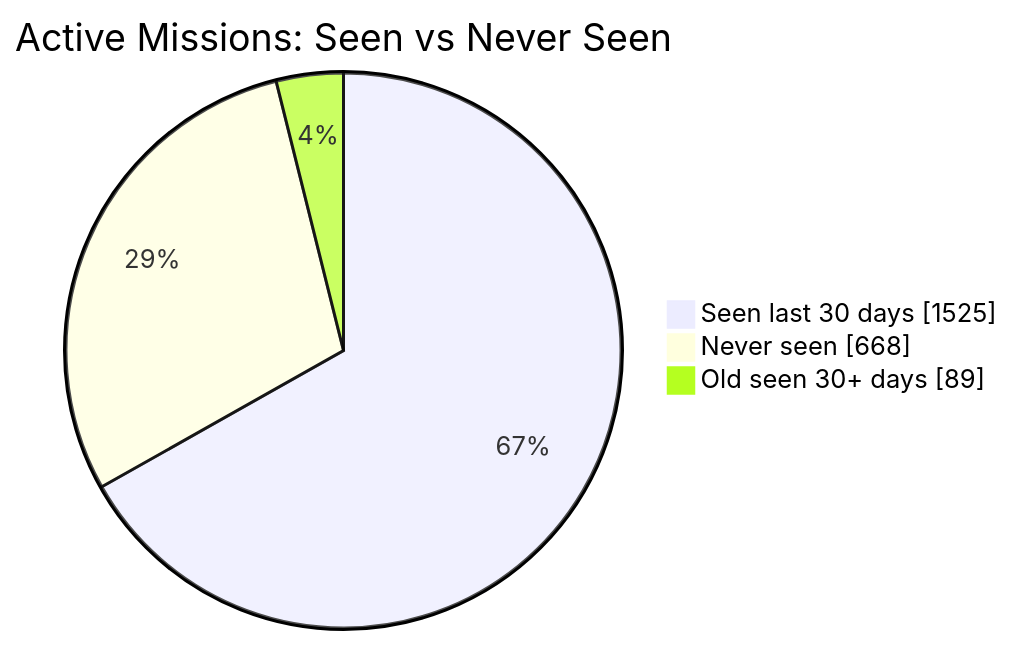
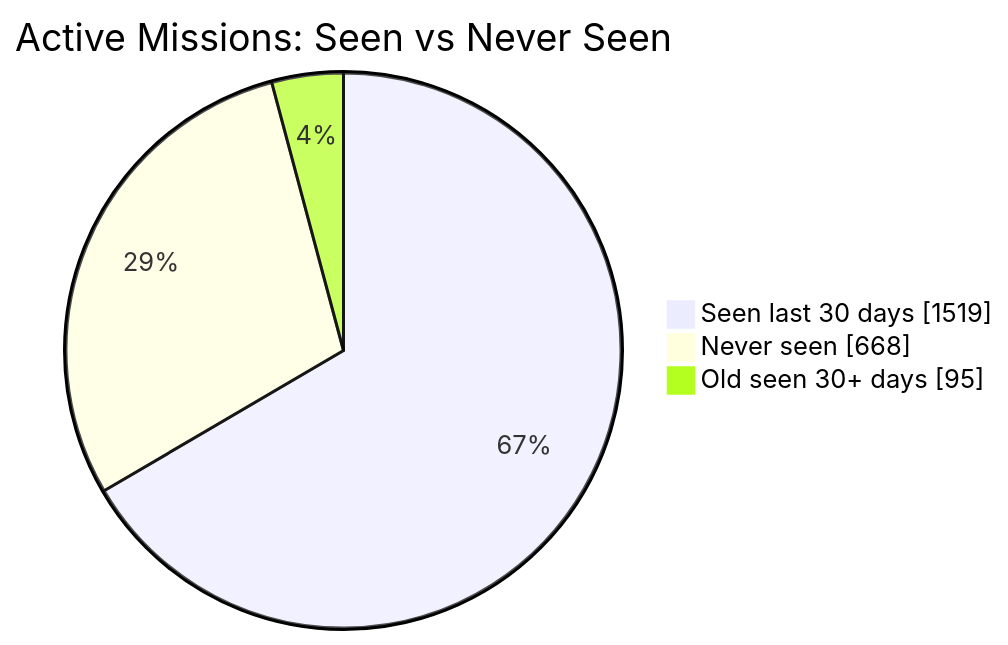
One commit to MeldkamerspelGameTeam/active-missions changed the first of 2 diagrams in README.md. Above: the diagram before and after it, drawn with Mermaid. The commit also changed other lines of this file and 2 other files, not shown here.

````diff
--- a/README.md
+++ b/README.md
@@ -34,7 +34,7 @@
 ```mermaid
 pie showData
     title Active Missions: Seen vs Never Seen
-    "Seen last 30 days" : 1525
+    "Seen last 30 days" : 1519
     "Never seen" : 668
-    "Old seen 30+ days" : 89
+    "Old seen 30+ days" : 95
 ```
````
